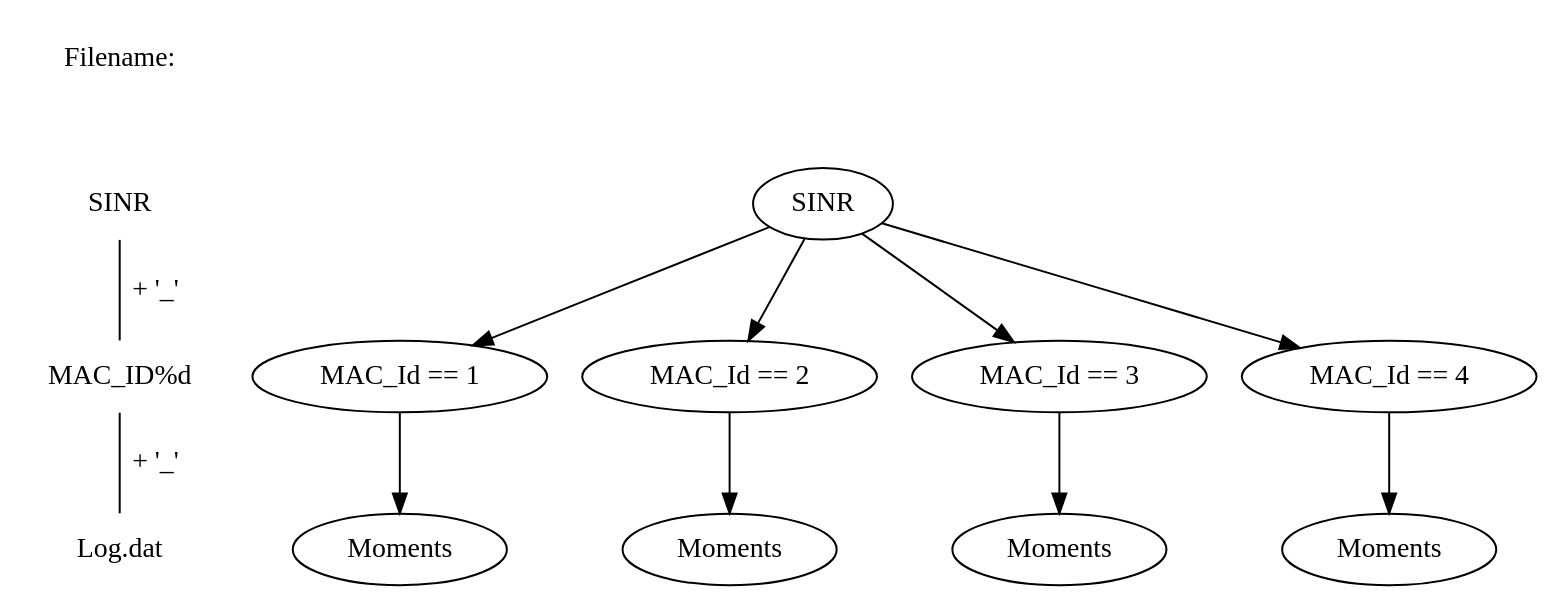
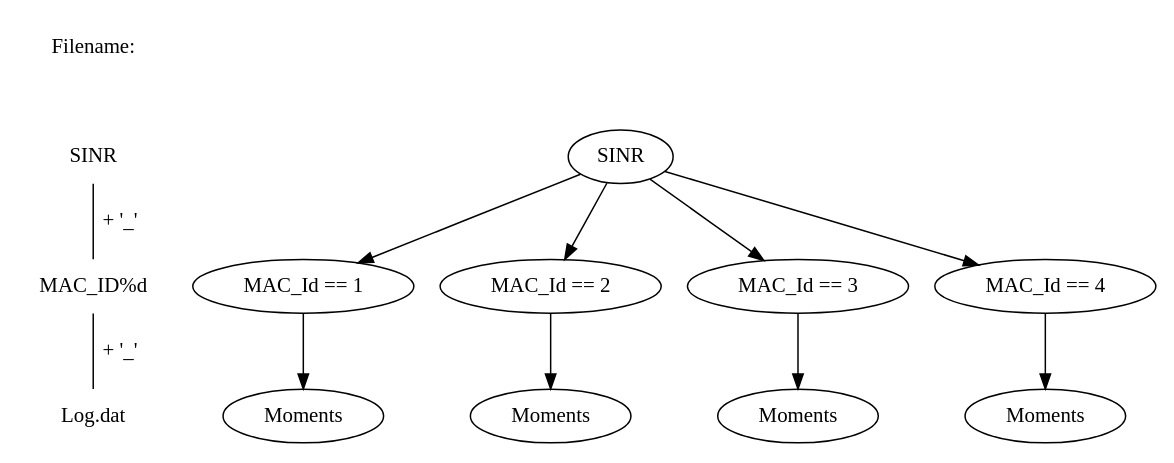
One commit to openwns/documentation changed the second of 2 diagrams in doc/simulationPlatform/EvaluationFramework.rst. Above: the diagram before and after it, drawn with Graphviz. The commit also changed other lines of this file and 7 other files, not shown here.

```diff
--- a/doc/simulationPlatform/EvaluationFramework.rst
+++ b/doc/simulationPlatform/EvaluationFramework.rst
@@ -151,29 +152,30 @@
 .. graphviz::
   digraph overview {
+  size="8,10"
   f [shape=plaintext, label = "Filename:"]
   s [shape=plaintext, label = "SINR"]
   m [shape=plaintext, label = "MAC_ID%d"]
   mo [shape=plaintext, label = "Log.dat"]
   mac1 [label = "MAC_Id == 1"]
   mac2 [label = "MAC_Id == 2"]
   mac3 [label = "MAC_Id == 3"]
   mac4 [label = "MAC_Id == 4"]
   SINR -> mac1
   SINR -> mac2
   SINR -> mac3
   SINR -> mac4
   mom1[label = "Moments"]
   mom2[label = "Moments"]
   mom3[label = "Moments"]
   mom4[label = "Moments"]
   mac1 -> mom1
   mac2 -> mom2
   mac3 -> mom3
   mac4 -> mom4
   { rank = same; "s"; "SINR"; }
   { rank = same; "m"; "mac1"; "mac2"; "mac3"; "mac4";}
   { rank = same; "mo"; "mom1"; "mom2"; "mom3"; "mom4";}
   f -> s [color = white]
   s -> m [arrowhead=none, label=" + '_'"]
   m -> mo [arrowhead=none, label=" + '_'"]
   }
```
